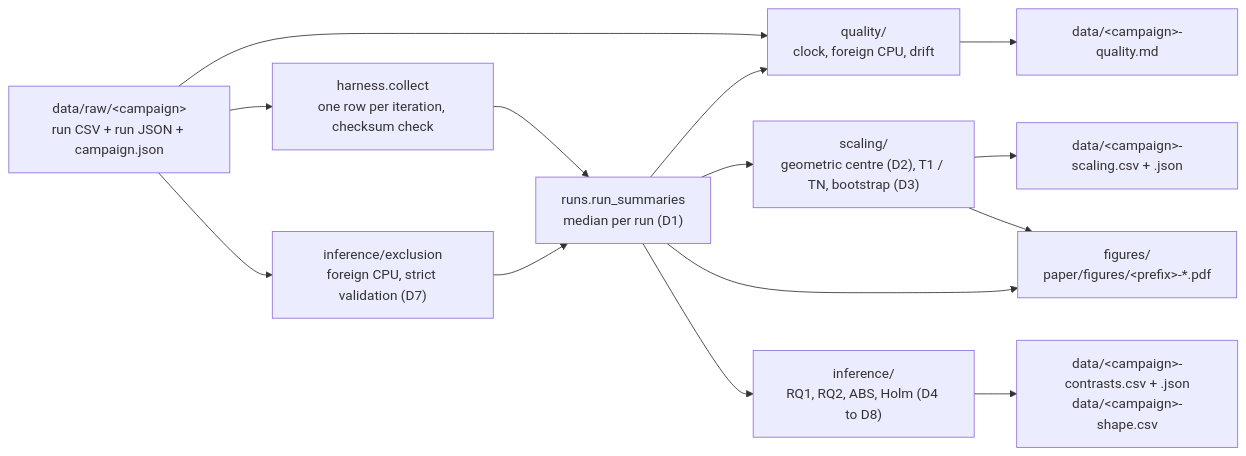
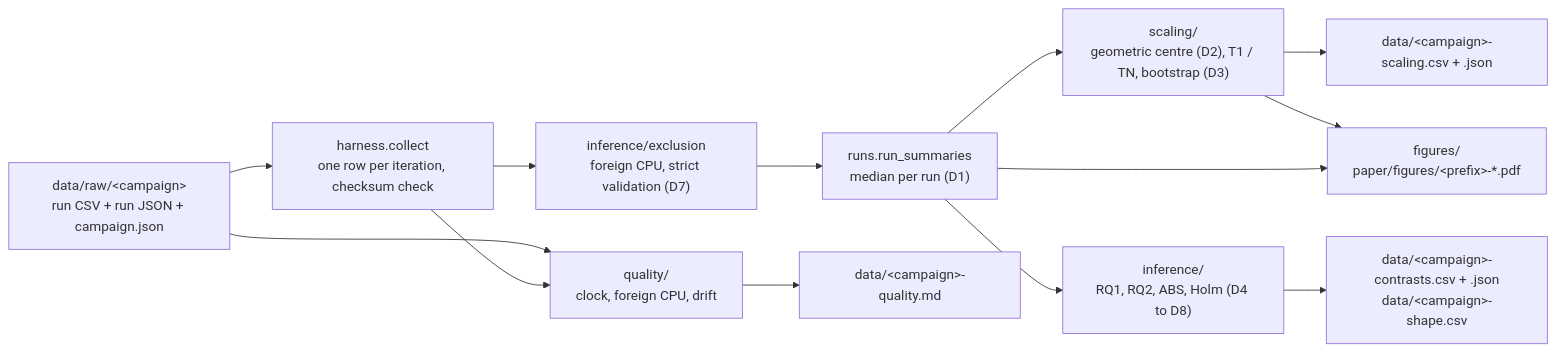
The diagram in analysis/README.md (DavidCCoimbra/Scalability-of-Parallel-Code-in-WebAssembly-in-the-Browser-vs-Native), drawn with Mermaid before and after one commit. The commit also changed other lines of this file and 32 other files, not shown here.

````diff
--- a/analysis/README.md
+++ b/analysis/README.md
@@ -49,23 +50,22 @@
 ```mermaid
 flowchart LR
     raw["data/raw/&lt;campaign&gt;<br/>run CSV + run JSON + campaign.json"]
     collect["harness.collect<br/>one row per iteration, checksum check"]
     runs["runs.run_summaries<br/>median per run (D1)"]
     quality["quality/<br/>clock, foreign CPU, drift"]
     scaling["scaling/<br/>geometric centre (D2), T1 / TN, bootstrap (D3)"]
     exclusion["inference/exclusion<br/>foreign CPU, strict validation (D7)"]
     contrasts["inference/<br/>RQ1, RQ2, ABS, Holm (D4 to D8)"]
     report["data/&lt;campaign&gt;-quality.md"]
     scalingcsv["data/&lt;campaign&gt;-scaling.csv + .json"]
     contrastcsv["data/&lt;campaign&gt;-contrasts.csv + .json<br/>data/&lt;campaign&gt;-shape.csv"]
     figures["figures/<br/>paper/figures/&lt;prefix&gt;-*.pdf"]
 
-    raw --> collect --> runs
+    raw --> collect --> exclusion --> runs
     raw --> quality
-    runs --> quality --> report
+    collect --> quality --> report
     runs --> scaling --> scalingcsv
-    raw --> exclusion --> runs
     runs --> contrasts --> contrastcsv
     scaling --> figures
     runs --> figures
 ```
````
